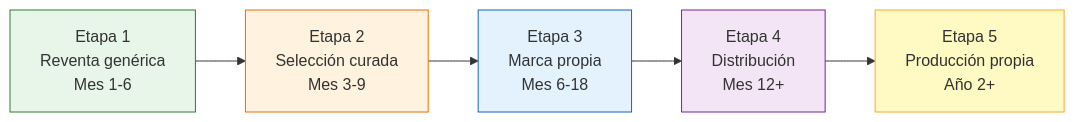
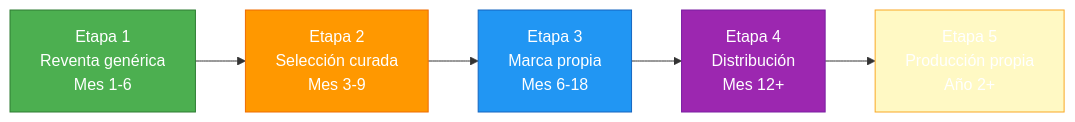
Before and after one commit to barrosignacioezequiel-coder/docs: the diagram in app/paso1-argentina/crecer-gestionar/evolucion-negocio.mdx, drawn with Mermaid. The commit also changed 66 other files, not shown here.

First line of the commit message:
fix: resolve Mermaid v11 numbered list errors + improve contrast

````diff
--- a/app/paso1-argentina/crecer-gestionar/evolucion-negocio.mdx
+++ b/app/paso1-argentina/crecer-gestionar/evolucion-negocio.mdx
@@ -13,13 +13,13 @@
 ```mermaid
 graph LR
     A["Etapa 1<br/>Reventa genérica<br/>Mes 1-6"] --> B["Etapa 2<br/>Selección curada<br/>Mes 3-9"]
     B --> C["Etapa 3<br/>Marca propia<br/>Mes 6-18"]
     C --> D["Etapa 4<br/>Distribución<br/>Mes 12+"]
     D --> E["Etapa 5<br/>Producción propia<br/>Año 2+"]
 
-    style A fill:#e8f5e9,stroke:#2e7d32
-    style B fill:#fff3e0,stroke:#ef6c00
-    style C fill:#e3f2fd,stroke:#1565c0
-    style D fill:#f3e5f5,stroke:#7b1fa2
-    style E fill:#fff9c4,stroke:#f9a825
+    style A fill:#4caf50,stroke:#2e7d32,color:#fff
+    style B fill:#ff9800,stroke:#ef6c00,color:#fff
+    style C fill:#2196f3,stroke:#1565c0,color:#fff
+    style D fill:#9c27b0,stroke:#7b1fa2,color:#fff
+    style E fill:#fff9c4,stroke:#f9a825,color:#fff
 ```
````
